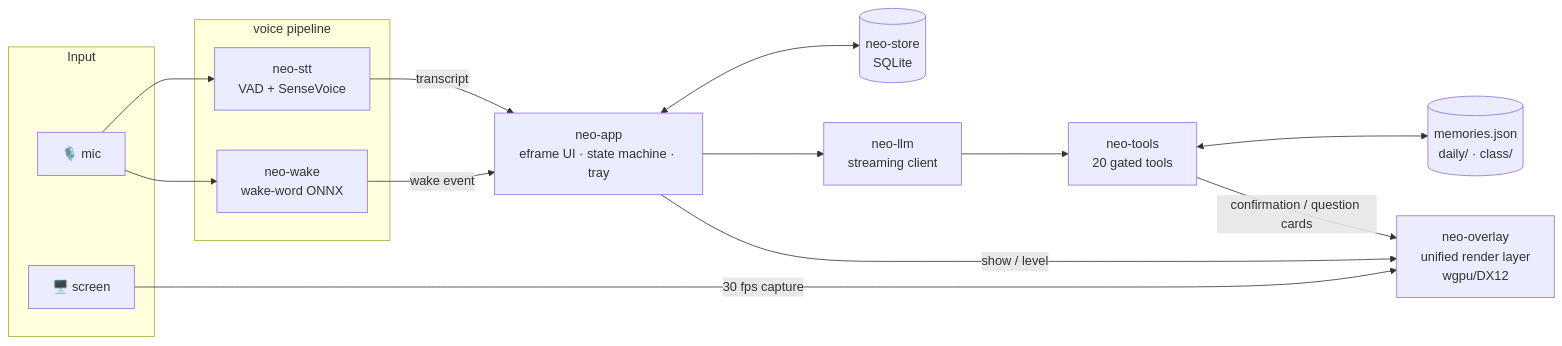
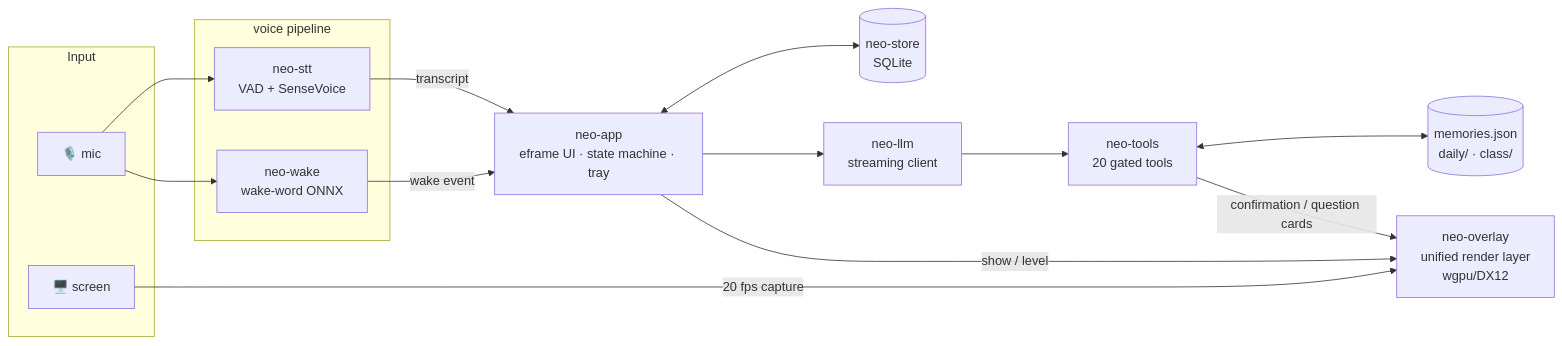
Before and after one commit to ChidcGithub/Neo: the second of 4 diagrams in README.md, drawn with Mermaid. The commit also changed other lines of this file and 2 other files, not shown here.

Commit message:
Use palette error color and fix documentation drift

````diff
--- a/README.md
+++ b/README.md
@@ -365,28 +365,28 @@
 ```mermaid
 flowchart LR
     subgraph Input
         Mic[🎙️ mic]
         Screen[🖥️ screen]
     end
 
     subgraph Voice["voice pipeline"]
         Wake[neo-wake<br/>wake-word ONNX]
         STT[neo-stt<br/>VAD + SenseVoice]
     end
 
     App[neo-app<br/>eframe UI · state machine · tray]
     Overlay[neo-overlay<br/>unified render layer<br/>wgpu/DX12]
     LLM[neo-llm<br/>streaming client]
     Tools[neo-tools<br/>20 gated tools]
     Store[(neo-store<br/>SQLite)]
     FS[(memories.json<br/>daily/ · class/)]
 
     Mic --> Wake -->|wake event| App
     Mic --> STT -->|transcript| App
     App -->|show / level| Overlay
-    Screen -->|30 fps capture| Overlay
+    Screen -->|20 fps capture| Overlay
     App --> LLM --> Tools
     Tools -->|confirmation / question cards| Overlay
     App <--> Store
     Tools <--> FS
 ```
````
